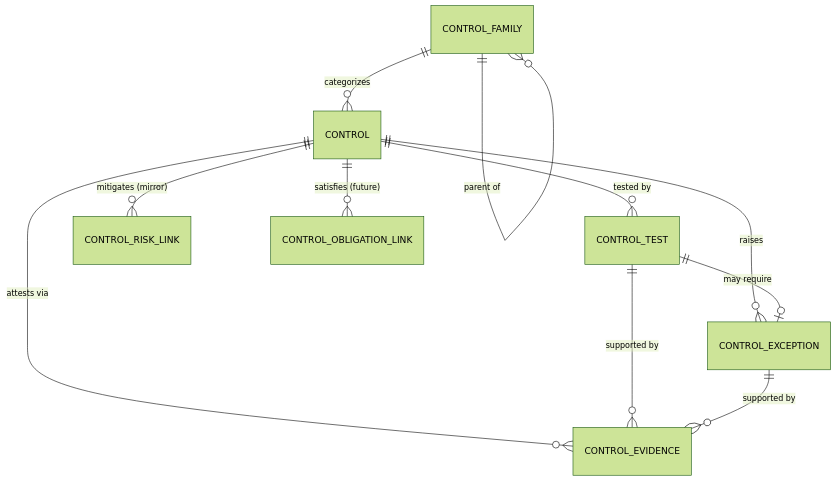
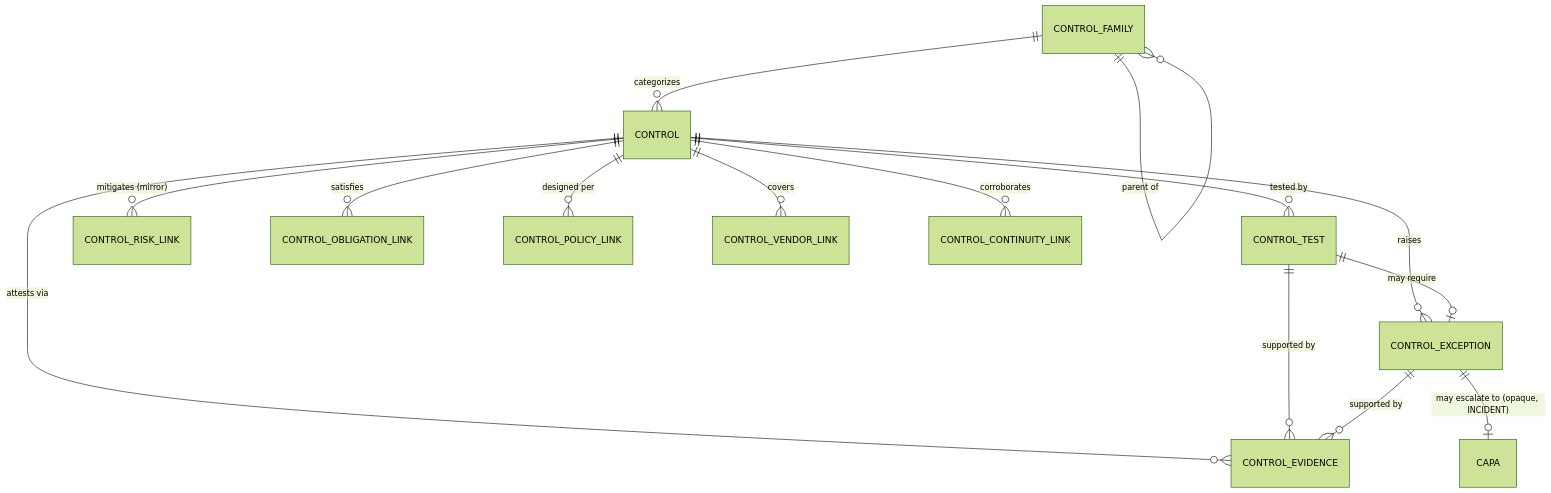
One commit to saumitranaik/ERM changed the second of 6 diagrams in docs/12-controls/01-controls-management.md. Above: the diagram before and after it, drawn with Mermaid (forest theme). The commit also changed other lines of this file and 13 other files, not shown here.

````diff
--- a/docs/12-controls/01-controls-management.md
+++ b/docs/12-controls/01-controls-management.md
@@ -483,13 +502,17 @@
 ```mermaid
 erDiagram
     CONTROL_FAMILY ||--o{ CONTROL_FAMILY : "parent of"
     CONTROL_FAMILY ||--o{ CONTROL : categorizes
     CONTROL ||--o{ CONTROL_TEST : "tested by"
     CONTROL ||--o{ CONTROL_EXCEPTION : "raises"
     CONTROL_TEST ||--o| CONTROL_EXCEPTION : "may require"
     CONTROL ||--o{ CONTROL_EVIDENCE : "attests via"
     CONTROL_TEST ||--o{ CONTROL_EVIDENCE : "supported by"
     CONTROL_EXCEPTION ||--o{ CONTROL_EVIDENCE : "supported by"
     CONTROL ||--o{ CONTROL_RISK_LINK : "mitigates (mirror)"
-    CONTROL ||--o{ CONTROL_OBLIGATION_LINK : "satisfies (future)"
+    CONTROL ||--o{ CONTROL_OBLIGATION_LINK : satisfies
+    CONTROL ||--o{ CONTROL_POLICY_LINK : "designed per"
+    CONTROL ||--o{ CONTROL_VENDOR_LINK : covers
+    CONTROL ||--o{ CONTROL_CONTINUITY_LINK : corroborates
+    CONTROL_EXCEPTION ||--o| CAPA : "may escalate to (opaque, INCIDENT)"
 ```
````
